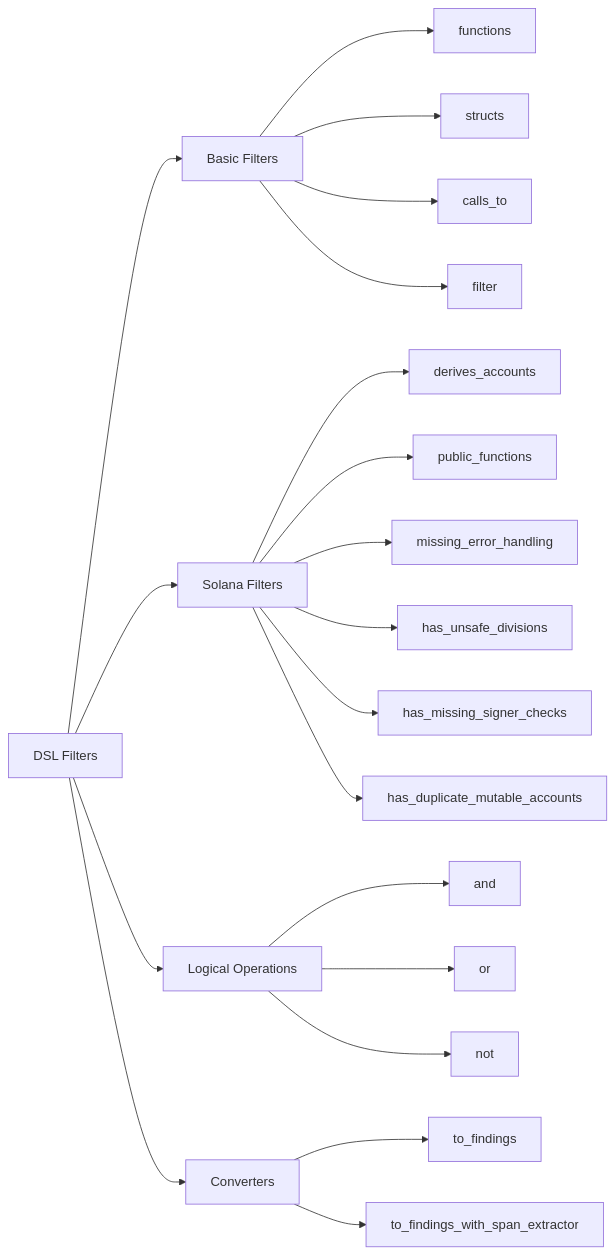
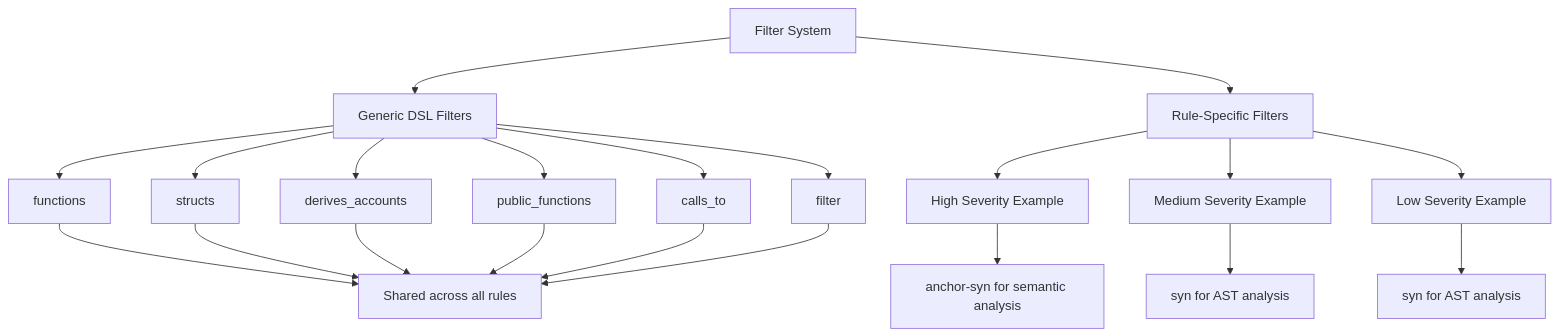
One commit to Naro-chain/Solana_Static_Analyzer changed the sixth of 6 diagrams in ARCHITECTURE.md. Above: the diagram before and after it, drawn with Mermaid. The commit also changed other lines of this file, not shown here.

Commit message:
docs: Update architecture documentation

````diff
--- a/ARCHITECTURE.md
+++ b/ARCHITECTURE.md
@@ -186,31 +199,32 @@
 ```mermaid
-flowchart LR
-    %% Filter Categories
-    FILTERS[DSL Filters] --> BASIC[Basic Filters]
-    FILTERS --> SOLANA[Solana Filters]
-    FILTERS --> LOGICAL[Logical Operations]
-    FILTERS --> CONVERT[Converters]
+flowchart TD
+    %% Filter Architecture
+    FILTERS[Filter System] --> GENERIC[Generic DSL Filters]
+    FILTERS --> SPECIFIC[Rule-Specific Filters]
     
-    %% Basic Filters
-    BASIC --> B1[functions]
-    BASIC --> B2[structs]
-    BASIC --> B3[calls_to]
-    BASIC --> B4[filter]
+    %% Generic DSL Filters (Reusable)
+    GENERIC --> G1[functions]
+    GENERIC --> G2[structs]
+    GENERIC --> G3[derives_accounts]
+    GENERIC --> G4[public_functions]
+    GENERIC --> G5[calls_to]
+    GENERIC --> G6[filter]
     
-    %% Solana Filters
-    SOLANA --> S1[derives_accounts]
-    SOLANA --> S2[public_functions]
-    SOLANA --> S3[missing_error_handling]
-    SOLANA --> S4[has_unsafe_divisions]
-    SOLANA --> S5[has_missing_signer_checks]
-    SOLANA --> S6[has_duplicate_mutable_accounts]
+    %% Rule-Specific Filters (Encapsulated)
+    SPECIFIC --> HIGH_EXAMPLE[High Severity Example]
+    SPECIFIC --> MED_EXAMPLE[Medium Severity Example]
+    SPECIFIC --> LOW_EXAMPLE[Low Severity Example]
     
-    %% Logical Operations
-    LOGICAL --> L1[and]
-    LOGICAL --> L2[or]
-    LOGICAL --> L3[not]
+    %% Technology Choice per Rule
+    HIGH_EXAMPLE --> ANCHOR_SYN[anchor-syn for semantic analysis]
+    MED_EXAMPLE --> SYN[syn for AST analysis]
+    LOW_EXAMPLE --> SYN_ALT[syn for AST analysis]
     
-    %% Converters
-    CONVERT --> C1[to_findings]
-    CONVERT --> C2[to_findings_with_span_extractor]
+    %% Generic filters are shared
+    G1 --> SHARED[Shared across all rules]
+    G2 --> SHARED
+    G3 --> SHARED
+    G4 --> SHARED
+    G5 --> SHARED
+    G6 --> SHARED
 ```
````
